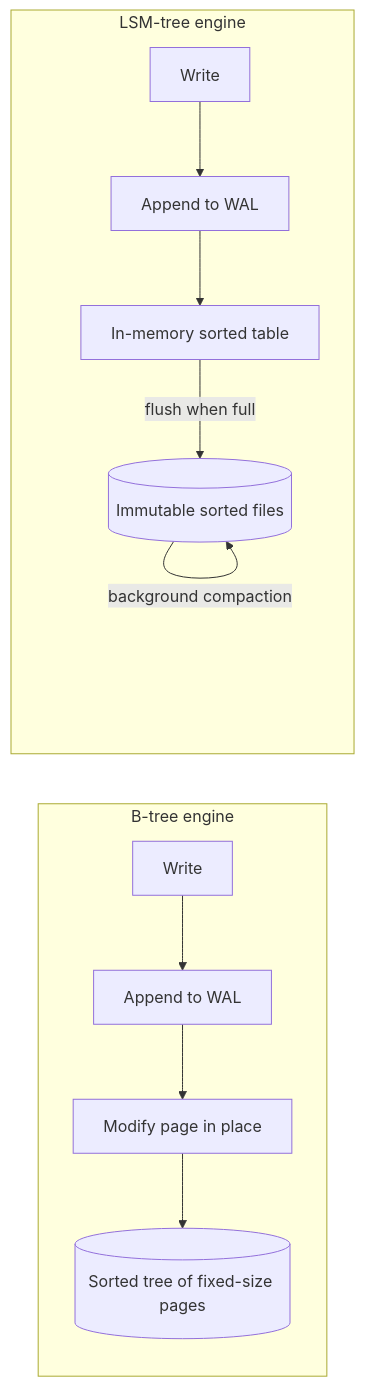
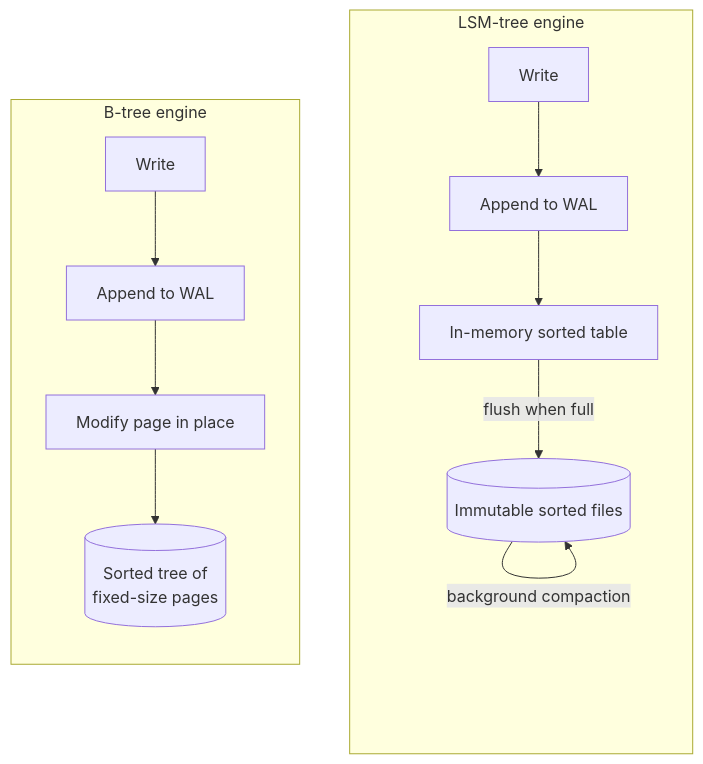
One commit to butyavk/system-design changed the second of 3 diagrams in src/content/docs/data/relational-databases.mdx. Above: the diagram before and after it, drawn with Mermaid. The commit also changed 144 other files, not shown here.

````diff
--- a/src/content/docs/data/relational-databases.mdx
+++ b/src/content/docs/data/relational-databases.mdx
@@ -123,14 +123,16 @@
 ```mermaid
-flowchart LR
-  subgraph btree["B-tree engine"]
-    w1["Write"] --> wal1["Append to WAL"]
-    wal1 --> page["Modify page in place"]
-    page --> tree[("Sorted tree of fixed-size pages")]
-  end
+flowchart TB
   subgraph lsm["LSM-tree engine"]
+    direction TB
     w2["Write"] --> wal2["Append to WAL"]
     wal2 --> mem["In-memory sorted table"]
     mem -- "flush when full" --> sst[("Immutable sorted files")]
     sst -- "background compaction" --> sst
   end
+  subgraph btree["B-tree engine"]
+    direction TB
+    w1["Write"] --> wal1["Append to WAL"]
+    wal1 --> page["Modify page in place"]
+    page --> tree[("Sorted tree of<br/>fixed-size pages")]
+  end
 ```
````
